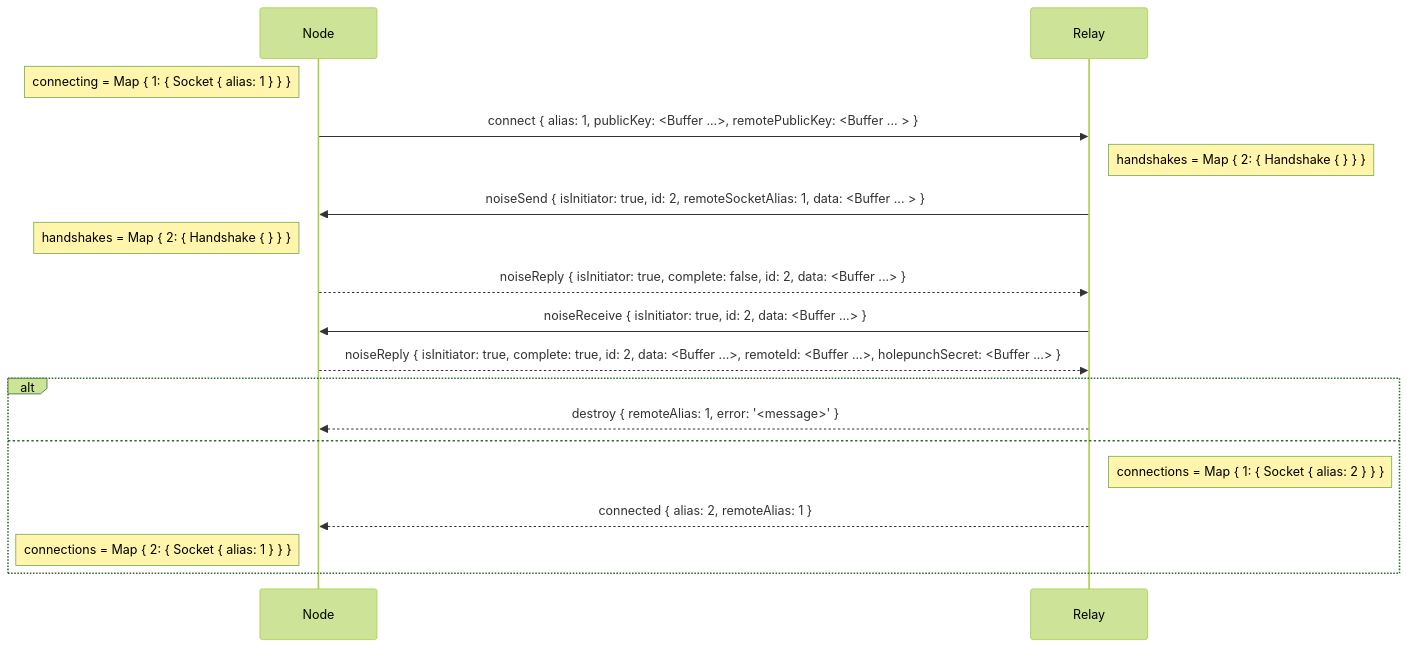
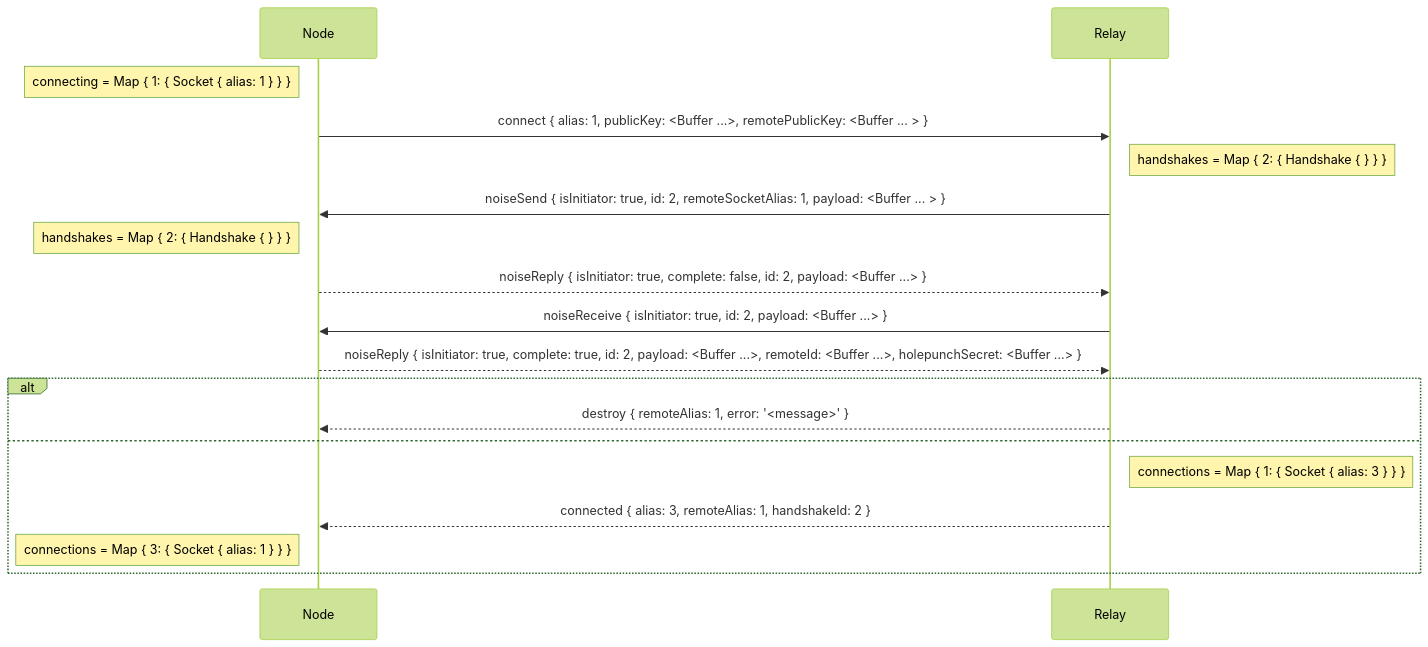
One commit to holepunchto/hyperswarm-dht-relay changed the diagram in media/diagrams/connect-handshake.mmd. Above: the diagram before and after it, drawn with Mermaid (forest theme). The commit also changed 12 other files, not shown here.

```diff
--- a/media/diagrams/connect-handshake.mmd
+++ b/media/diagrams/connect-handshake.mmd
@@ -1,29 +1,29 @@
 sequenceDiagram
   participant N as Node
   participant R as Relay
 
   note left of N: connecting = Map { 1: { Socket { alias: 1 } } }
 
   N->>R: connect { alias: 1, publicKey: <Buffer ...>, remotePublicKey: <Buffer ... > }
 
   note right of R: handshakes = Map { 2: { Handshake { } } }
 
-  R->>N: noiseSend { isInitiator: true, id: 2, remoteSocketAlias: 1, data: <Buffer ... > }
+  R->>N: noiseSend { isInitiator: true, id: 2, remoteSocketAlias: 1, payload: <Buffer ... > }
 
   note left of N: handshakes = Map { 2: { Handshake { } } }
 
-  N-->>R: noiseReply { isInitiator: true, complete: false, id: 2, data: <Buffer ...> }
+  N-->>R: noiseReply { isInitiator: true, complete: false, id: 2, payload: <Buffer ...> }
 
-  R->>N: noiseReceive { isInitiator: true, id: 2, data: <Buffer ...> }
+  R->>N: noiseReceive { isInitiator: true, id: 2, payload: <Buffer ...> }
 
-  N-->>R: noiseReply { isInitiator: true, complete: true, id: 2, data: <Buffer ...>, remoteId: <Buffer ...>, holepunchSecret: <Buffer ...>  }
+  N-->>R: noiseReply { isInitiator: true, complete: true, id: 2, payload: <Buffer ...>, remoteId: <Buffer ...>, holepunchSecret: <Buffer ...>  }
 
   alt
     R-->>N: destroy { remoteAlias: 1, error: '<message>' }
   else
-    note right of R: connections = Map { 1: { Socket { alias: 2 } } }
+    note right of R: connections = Map { 1: { Socket { alias: 3 } } }
 
-    R-->>N: connected { alias: 2, remoteAlias: 1 }
+    R-->>N: connected { alias: 3, remoteAlias: 1, handshakeId: 2 }
 
-    note left of N: connections = Map { 2: { Socket { alias: 1 } } }
+    note left of N: connections = Map { 3: { Socket { alias: 1 } } }
   end
```
